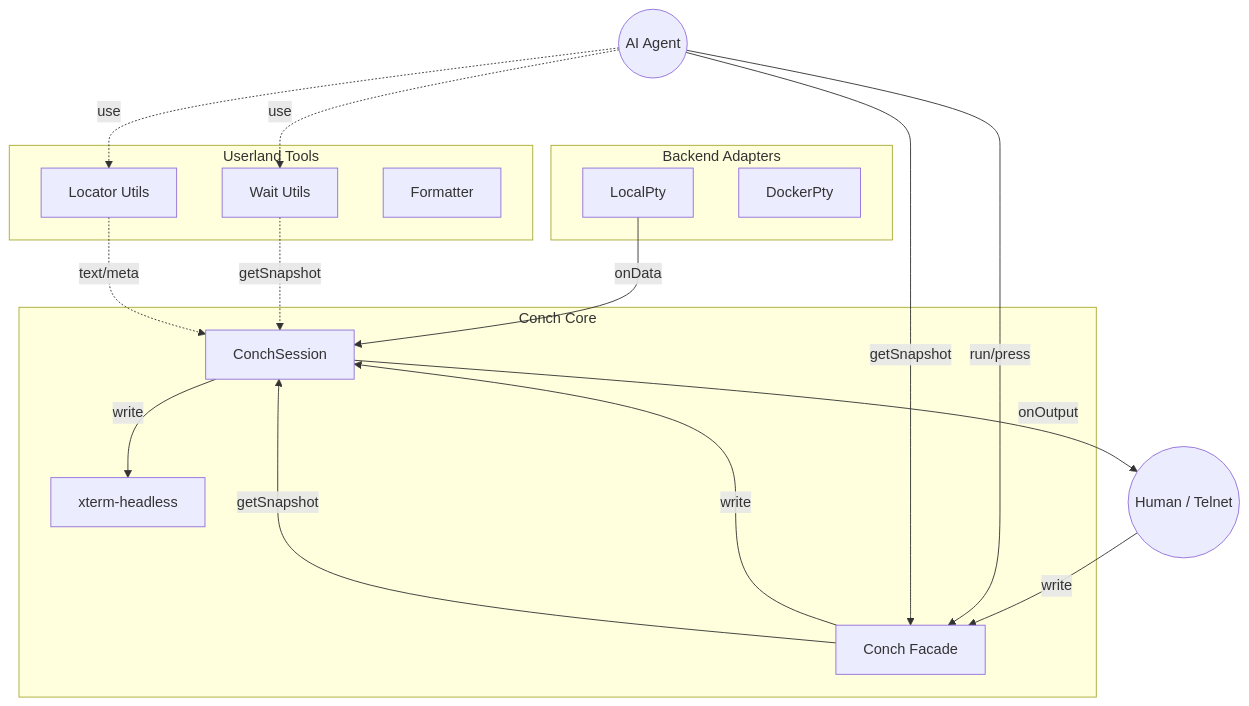
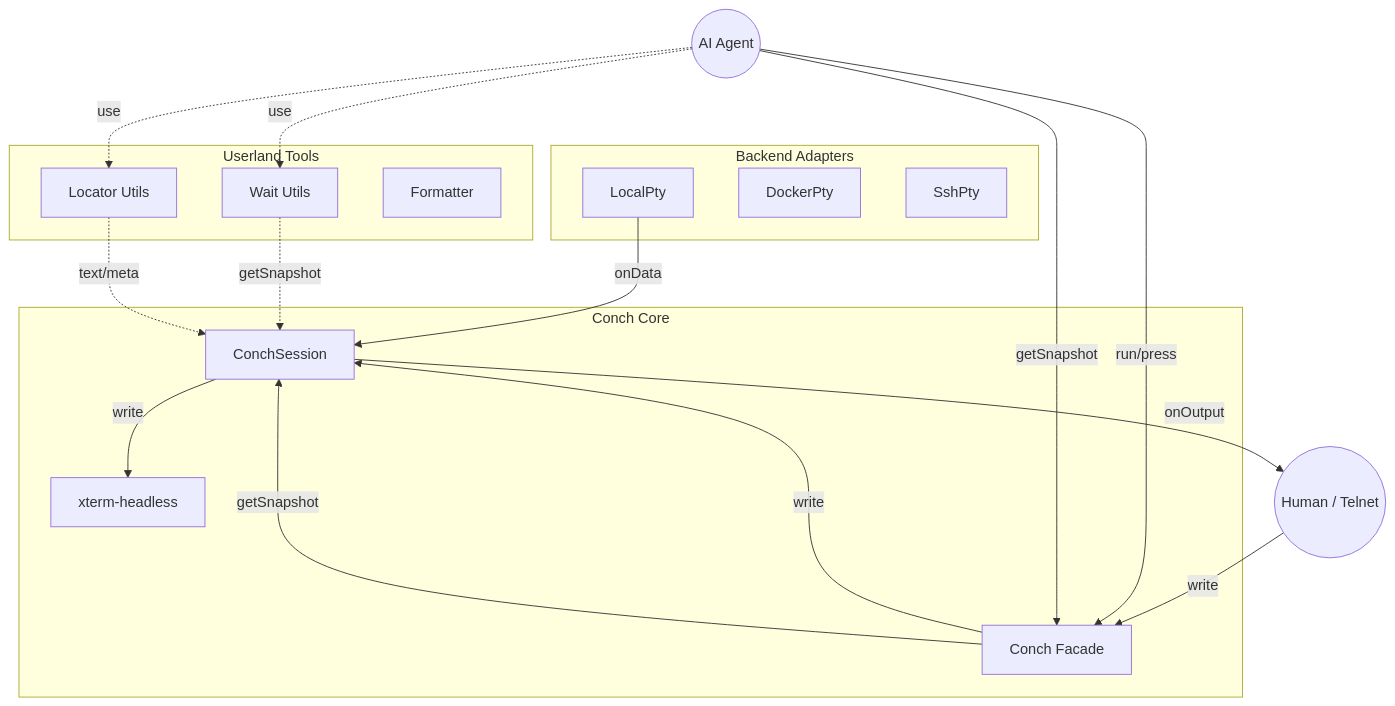
The diagram in src/README.ja.md (youseiushida/conch), drawn with Mermaid before and after one commit. The commit also changed other lines of this file and 11 other files, not shown here.

````diff
--- a/src/README.ja.md
+++ b/src/README.ja.md
@@ -34,42 +34,43 @@
 ```mermaid
 graph TD
     subgraph Backend [Backend Adapters]
         LP[LocalPty]
         DP[DockerPty]
+        SP[SshPty]
     end
 
     subgraph Core [Conch Core]
         Facade[Conch Facade]
         Session[ConchSession]
         Xterm[xterm-headless]
     end
     
     subgraph Utils [Userland Tools]
         Wait[Wait Utils]
         Locator[Locator Utils]
         Formatter[Formatter]
     end
 
     Human((Human / Telnet))
     Agent((AI Agent))
 
     %% Data Flow
     LP -->|onData| Session
     Session -->|write| Xterm
     
     %% Output
     Session -->|onOutput| Human
     
     %% Input
     Human -->|write| Facade
     Agent -->|run/press| Facade
     Facade -->|write| Session
     
     %% Snapshot & Analysis
     Agent -->|getSnapshot| Facade
     Facade -->|getSnapshot| Session
     Agent -.->|use| Wait
     Agent -.->|use| Locator
     Wait -.->|getSnapshot| Session
     Locator -.->|text/meta| Session
 ```
````
